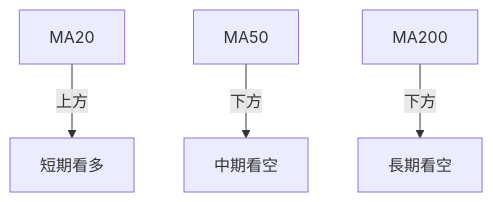
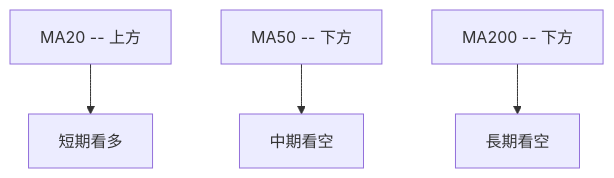
One commit to yennanliu/finance_data changed the sixth of 10 diagrams in ai_gen_report/stock/nu/technical_analysis_2026-04-07_openai.md. Above: the diagram before and after it, drawn with Mermaid. The commit also changed other lines of this file and 2258 other files, not shown here.

First line of the commit message:
chore: backfill Mermaid syntax repair across existing reports

````diff
--- a/ai_gen_report/stock/nu/technical_analysis_2026-04-07_openai.md
+++ b/ai_gen_report/stock/nu/technical_analysis_2026-04-07_openai.md
@@ -227,6 +227,6 @@
 ```mermaid
 graph TD
-    MA20 -- 上方 --> 短期看多
-    MA50 -- 下方 --> 中期看空
-    MA200 -- 下方 --> 長期看空
+    nb1["MA20 -- 上方"] --> 短期看多
+    nb2["MA50 -- 下方"] --> 中期看空
+    nb3["MA200 -- 下方"] --> 長期看空
 ```
````
